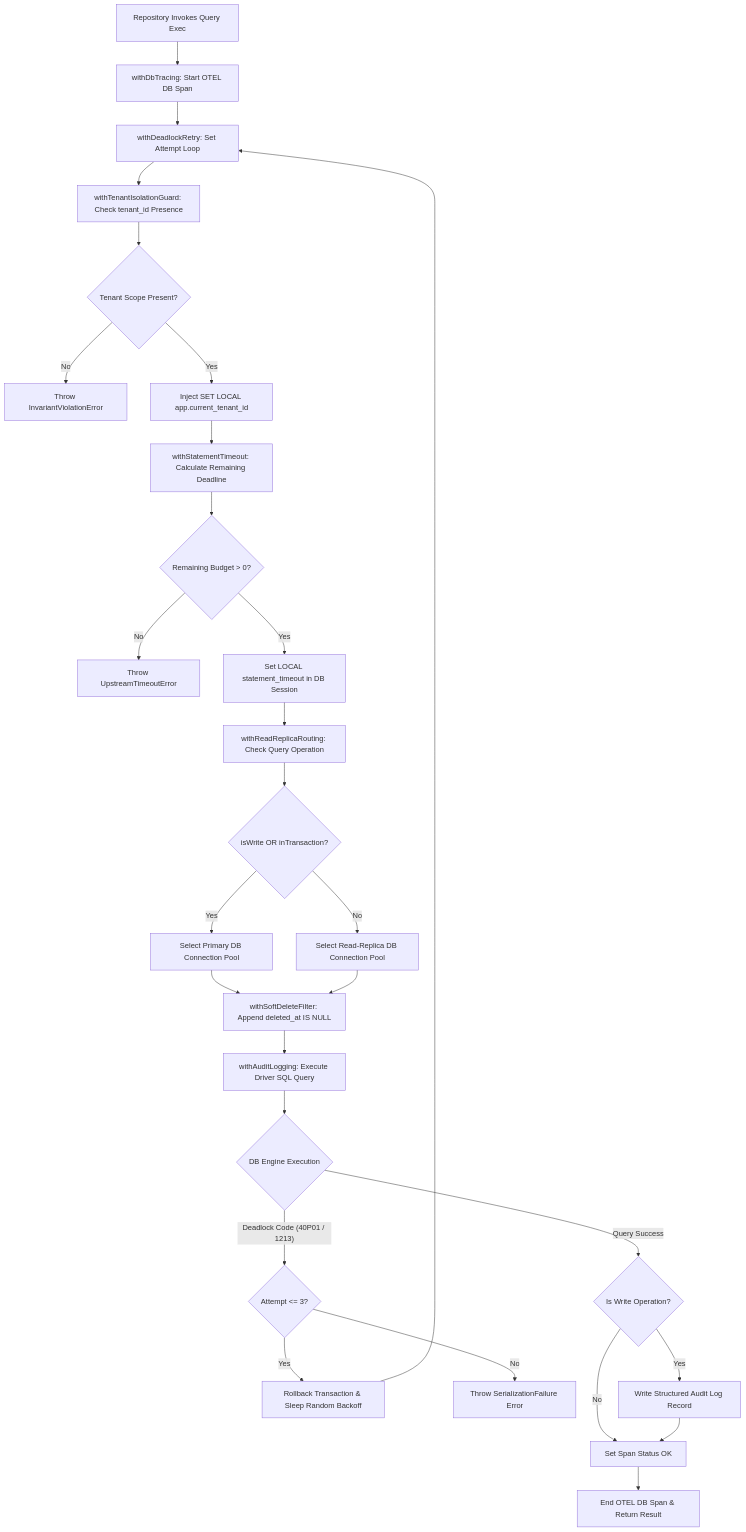
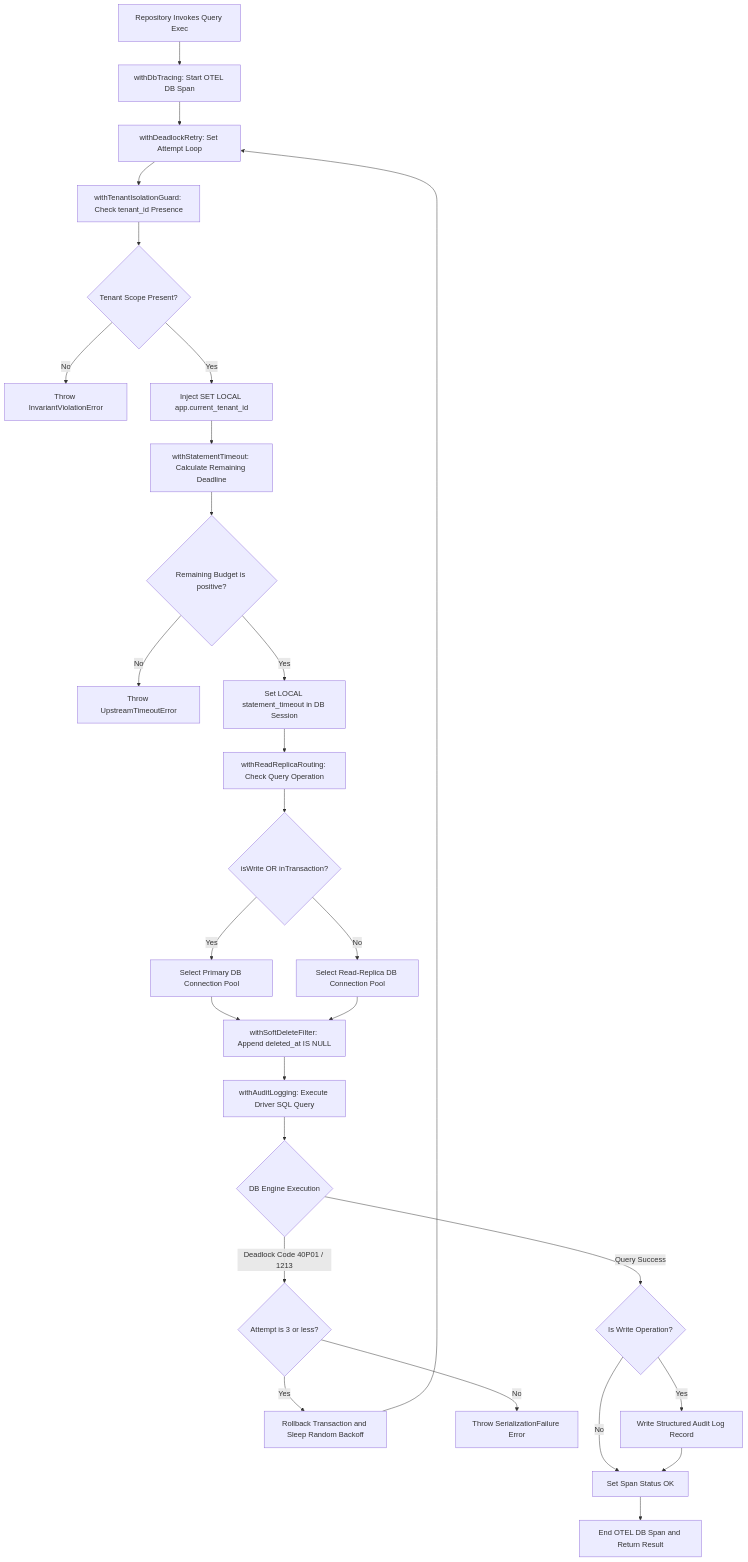
One commit to Chief-Strategist-J/llm-observability-platform changed the second of 3 diagrams in policies/rules/codeQuality/middleware/database-middleware.md. Above: the diagram before and after it, drawn with Mermaid. The commit also changed other lines of this file and 5 other files, not shown here.

Commit message:
fix(docs): resolve Mermaid rendering syntax errors in all 6 middleware reference sequence diagrams

````diff
--- a/policies/rules/codeQuality/middleware/database-middleware.md
+++ b/policies/rules/codeQuality/middleware/database-middleware.md
@@ -76,38 +76,38 @@
 ```mermaid
 flowchart TD
     Start["Repository Invokes Query Exec"] --> Tracing["withDbTracing: Start OTEL DB Span"]
     Tracing --> DeadlockLoop["withDeadlockRetry: Set Attempt Loop"]
     
     DeadlockLoop --> TenantCheck["withTenantIsolationGuard: Check tenant_id Presence"]
     TenantCheck --> TenantValid{"Tenant Scope Present?"}
     TenantValid -- "No" --> ThrowTenantErr["Throw InvariantViolationError"]
     TenantValid -- "Yes" --> RLSInject["Inject SET LOCAL app.current_tenant_id"]
     
     RLSInject --> TimeoutSet["withStatementTimeout: Calculate Remaining Deadline"]
-    TimeoutSet --> BudgetValid{"Remaining Budget > 0?"}
+    TimeoutSet --> BudgetValid{"Remaining Budget is positive?"}
     BudgetValid -- "No" --> ThrowTimeout["Throw UpstreamTimeoutError"]
     BudgetValid -- "Yes" --> SetStmtTimeout["Set LOCAL statement_timeout in DB Session"]
     
     SetStmtTimeout --> RouteCheck["withReadReplicaRouting: Check Query Operation"]
     RouteCheck --> IsWriteOrTx{"isWrite OR inTransaction?"}
     IsWriteOrTx -- "Yes" --> TargetPrimary["Select Primary DB Connection Pool"]
     IsWriteOrTx -- "No" --> TargetReplica["Select Read-Replica DB Connection Pool"]
     
     TargetPrimary --> SoftDelete["withSoftDeleteFilter: Append deleted_at IS NULL"]
     TargetReplica --> SoftDelete
     
     SoftDelete --> ExecQuery["withAuditLogging: Execute Driver SQL Query"]
     ExecQuery --> DBExec{"DB Engine Execution"}
     
-    DBExec -- "Deadlock Code (40P01 / 1213)" --> CheckAttempt{"Attempt <= 3?"}
-    CheckAttempt -- "Yes" --> RollbackSleep["Rollback Transaction & Sleep Random Backoff"]
+    DBExec -- "Deadlock Code 40P01 / 1213" --> CheckAttempt{"Attempt is 3 or less?"}
+    CheckAttempt -- "Yes" --> RollbackSleep["Rollback Transaction and Sleep Random Backoff"]
     RollbackSleep --> DeadlockLoop
     CheckAttempt -- "No" --> ThrowDeadlock["Throw SerializationFailure Error"]
     
     DBExec -- "Query Success" --> WriteAudit{"Is Write Operation?"}
     WriteAudit -- "Yes" --> EmitAudit["Write Structured Audit Log Record"]
     WriteAudit -- "No" --> CompleteSpan["Set Span Status OK"]
     
     EmitAudit --> CompleteSpan
-    CompleteSpan --> EndSpan["End OTEL DB Span & Return Result"]
+    CompleteSpan --> EndSpan["End OTEL DB Span and Return Result"]
 ```
````
